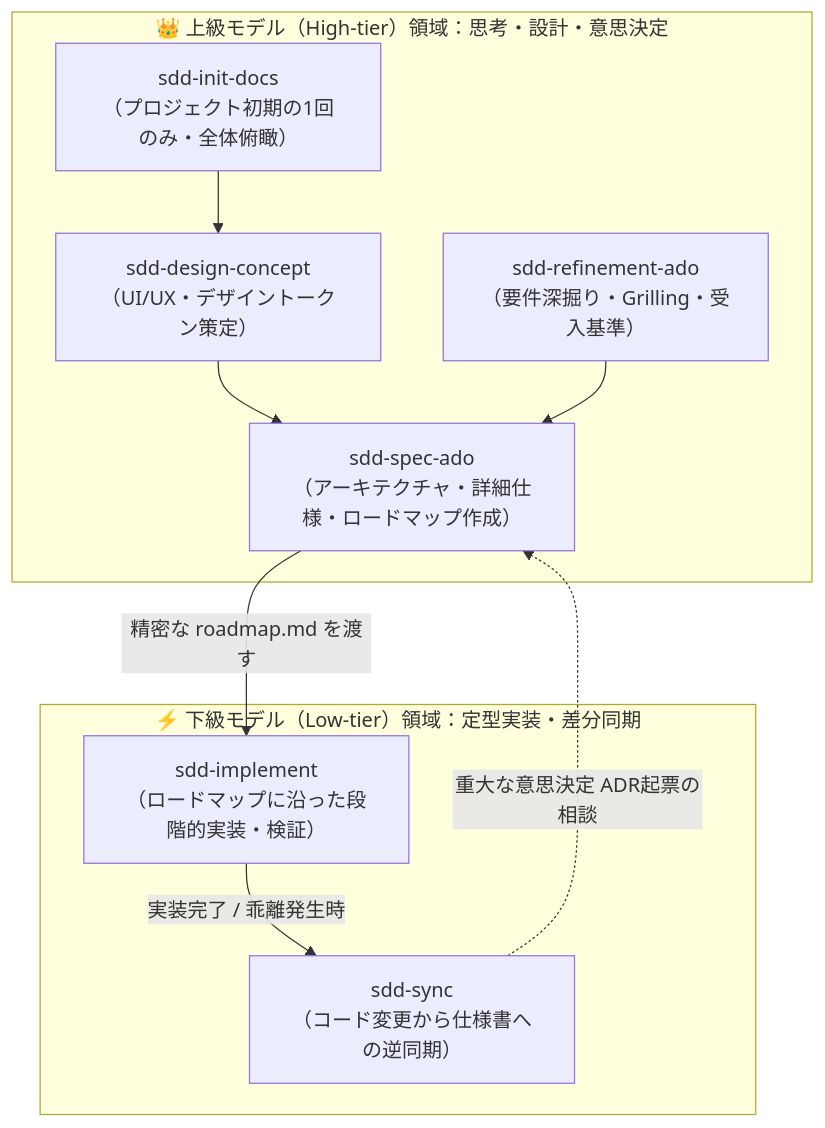
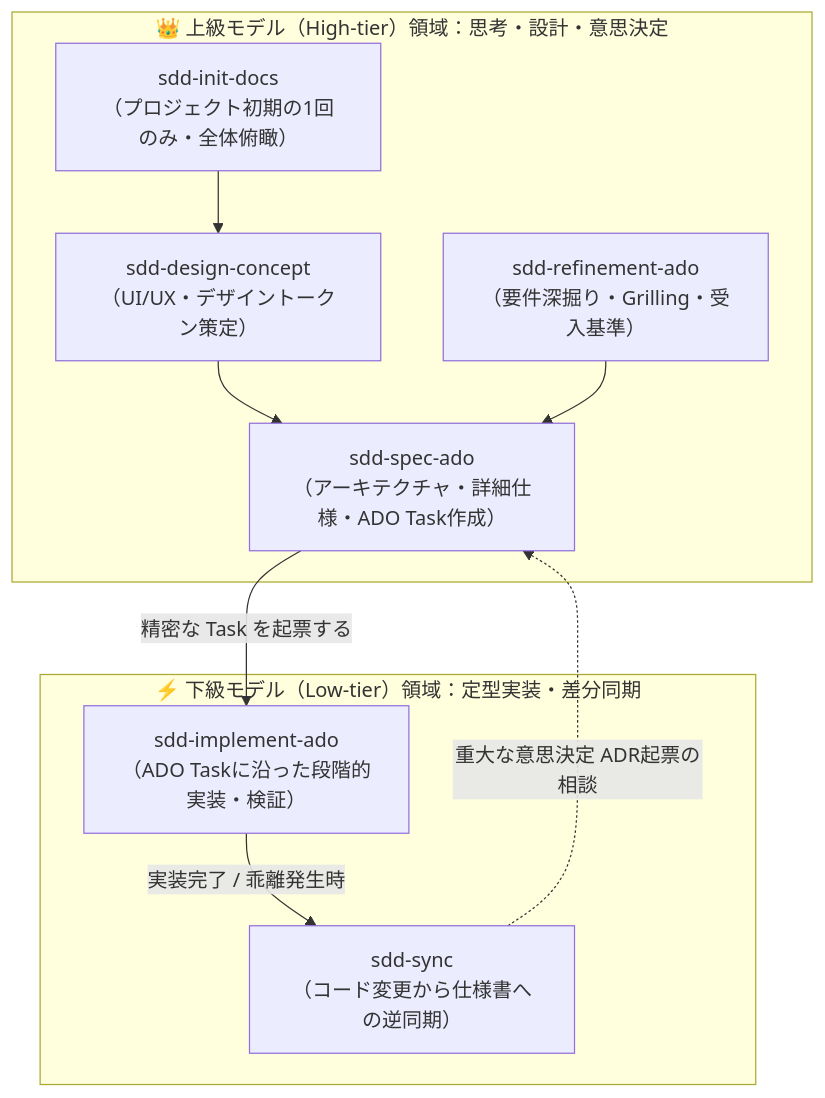
One commit to takahashimasaya00/my-skills changed the first of 3 diagrams in README.md. Above: the diagram before and after it, drawn with Mermaid. The commit also changed other lines of this file and 7 other files, not shown here.

````diff
--- a/README.md
+++ b/README.md
@@ -66,21 +62,21 @@
 ```mermaid
 flowchart TD
     subgraph UpperTier ["👑 上級モデル（High-tier）領域：思考・設計・意思決定"]
         Init["sdd-init-docs<br/>（プロジェクト初期の1回のみ・全体俯瞰）"]
         Concept["sdd-design-concept<br/>（UI/UX・デザイントークン策定）"]
         Refine["sdd-refinement-ado<br/>（要件深掘り・Grilling・受入基準）"]
-        Spec["sdd-spec-ado<br/>（アーキテクチャ・詳細仕様・ロードマップ作成）"]
+        Spec["sdd-spec-ado<br/>（アーキテクチャ・詳細仕様・ADO Task作成）"]
     end
 
     subgraph LowerTier ["⚡ 下級モデル（Low-tier）領域：定型実装・差分同期"]
-        Implement["sdd-implement<br/>（ロードマップに沿った段階的実装・検証）"]
+        Implement["sdd-implement-ado<br/>（ADO Taskに沿った段階的実装・検証）"]
         Sync["sdd-sync<br/>（コード変更から仕様書への逆同期）"]
     end
 
     Init --> Concept
     Concept --> Spec
     Refine --> Spec
-    Spec -->|精密な roadmap.md を渡す| Implement
+    Spec -->|精密な Task を起票する| Implement
     Implement -->|実装完了 / 乖離発生時| Sync
     Sync -.->|重大な意思決定 ADR起票の相談| Spec
 ```
````
